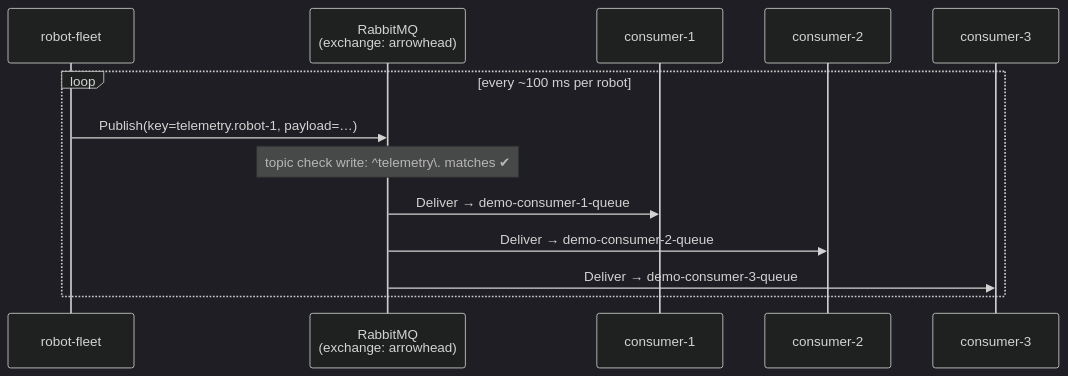
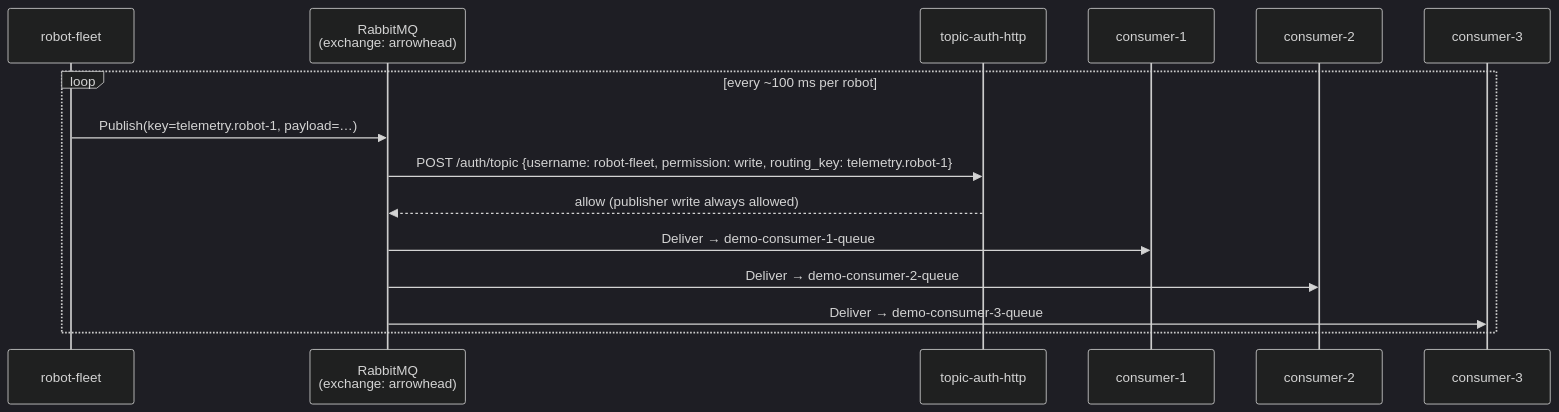
Before and after one commit to ulfbod/Arrowhead-experimental-core-systems: the third of 4 diagrams in experiments/experiment-4/DIAGRAMS.md, drawn with Mermaid (dark theme). The commit also changed other lines of this file and 6 other files, not shown here.

````diff
--- a/experiments/experiment-4/DIAGRAMS.md
+++ b/experiments/experiment-4/DIAGRAMS.md
@@ -134,16 +154,18 @@
 ```mermaid
 sequenceDiagram
     participant RF as robot-fleet
     participant RMQ as RabbitMQ<br/>(exchange: arrowhead)
+    participant TAH as topic-auth-http
     participant C1 as consumer-1
     participant C2 as consumer-2
     participant C3 as consumer-3
 
     loop every ~100 ms per robot
         RF->>RMQ: Publish(key=telemetry.robot-1, payload=…)
-        Note over RMQ: topic check write: ^telemetry\. matches ✔
+        RMQ->>TAH: POST /auth/topic  {username: robot-fleet, permission: write, routing_key: telemetry.robot-1}
+        TAH-->>RMQ: allow  (publisher write always allowed)
         RMQ->>C1: Deliver → demo-consumer-1-queue
         RMQ->>C2: Deliver → demo-consumer-2-queue
         RMQ->>C3: Deliver → demo-consumer-3-queue
     end
 ```
````
